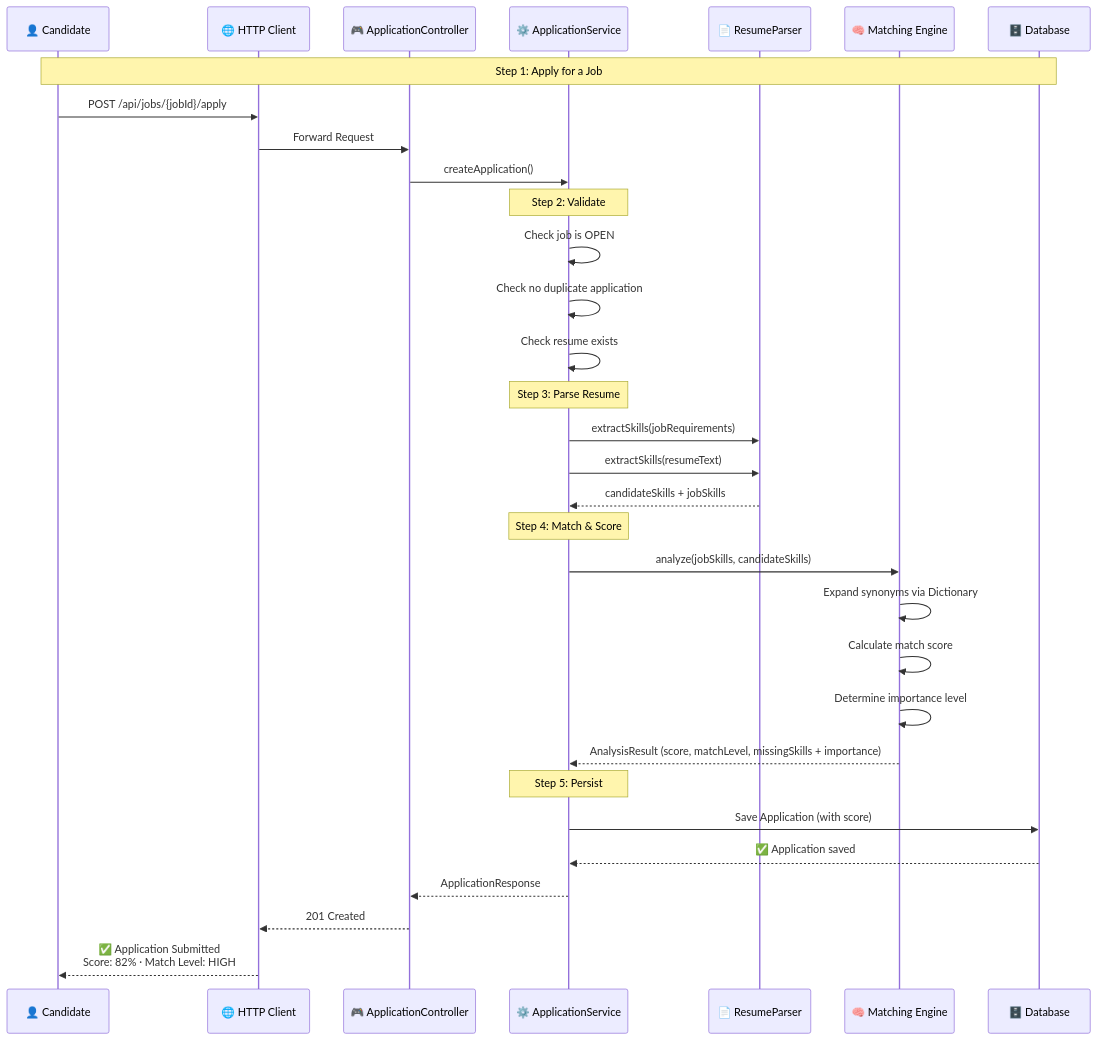
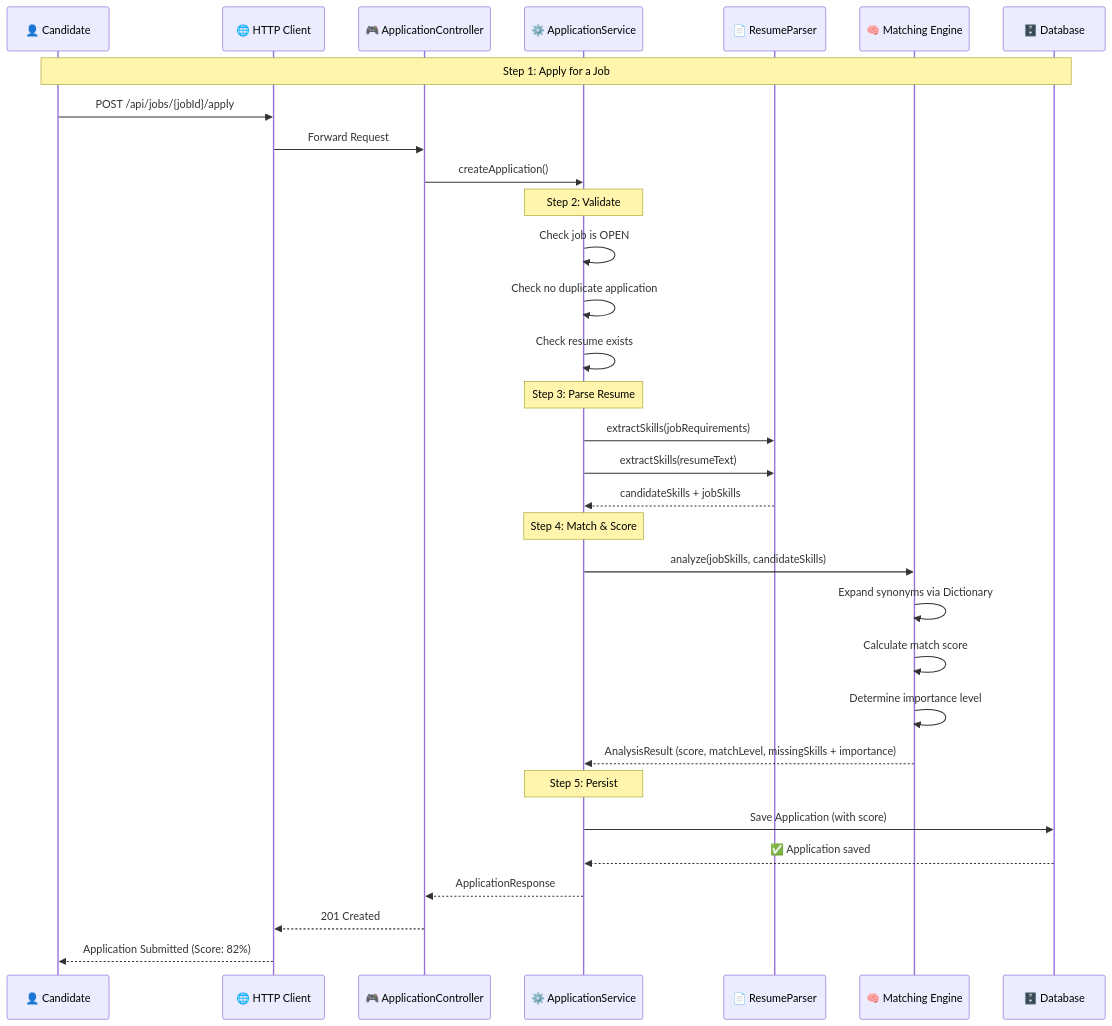
The second of 3 diagrams in README.md (MahmoudYoussef-web/job-board), drawn with Mermaid before and after one commit. The commit also changed other lines of this file, not shown here.

First line of the commit message:
fix(mermaid): remove HTML tags and close unclosed block

````diff
--- a/README.md
+++ b/README.md
@@ -183,45 +145,45 @@
 ```mermaid
 sequenceDiagram
     participant C as 👤 Candidate
     participant UI as 🌐 HTTP Client
     participant A as 🎮 ApplicationController
     participant S as ⚙️ ApplicationService
     participant R as 📄 ResumeParser
     participant M as 🧠 Matching Engine
     participant DB as 🗄️ Database
 
     Note over C,DB: Step 1: Apply for a Job
 
     C->>UI: POST /api/jobs/{jobId}/apply
     UI->>A: Forward Request
     A->>S: createApplication()
 
     Note over S: Step 2: Validate
 
     S->>S: Check job is OPEN
     S->>S: Check no duplicate application
     S->>S: Check resume exists
 
     Note over S: Step 3: Parse Resume
 
     S->>R: extractSkills(jobRequirements)
     S->>R: extractSkills(resumeText)
     R-->>S: candidateSkills + jobSkills
 
     Note over S: Step 4: Match & Score
 
     S->>M: analyze(jobSkills, candidateSkills)
     M->>M: Expand synonyms via Dictionary
     M->>M: Calculate match score
     M->>M: Determine importance level
     M-->>S: AnalysisResult (score, matchLevel, missingSkills + importance)
 
     Note over S: Step 5: Persist
 
     S->>DB: Save Application (with score)
     DB-->>S: ✅ Application saved
 
     S-->>A: ApplicationResponse
     A-->>UI: 201 Created
-    UI-->>C: ✅ Application Submitted<br/>Score: 82% · Match Level: HIGH
+    UI-->>C: Application Submitted (Score: 82%)
 ```
````
